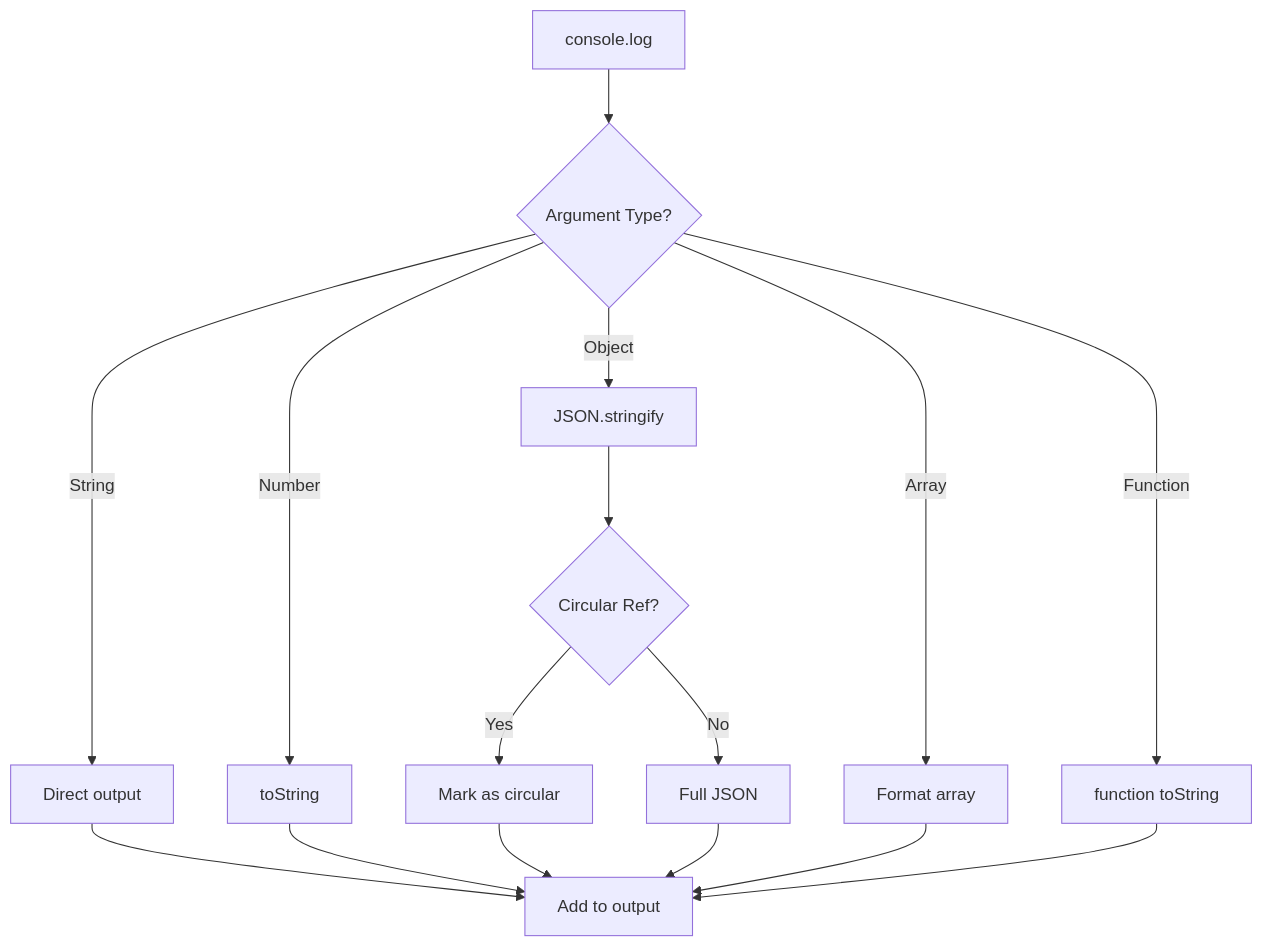
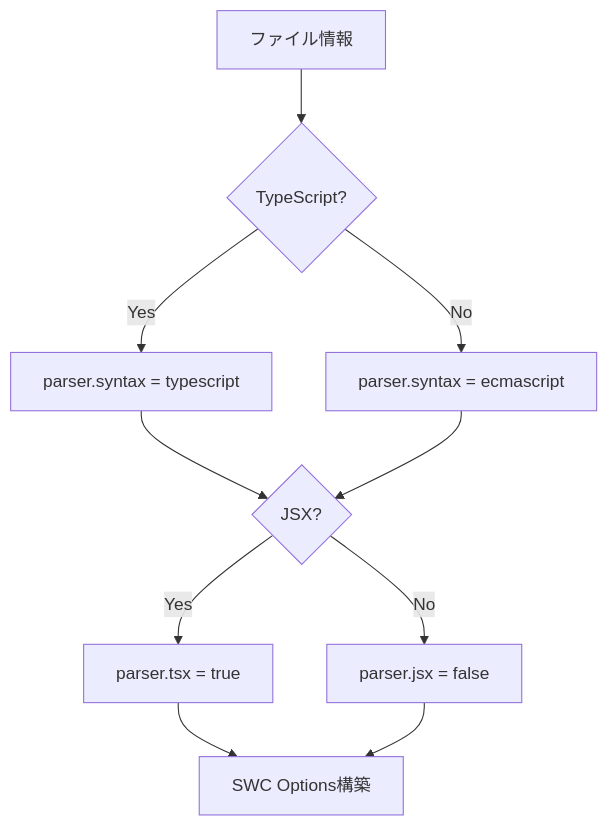
Before and after one commit to Stasshe/Pyxis-CodeCanvas: the eighth of 12 diagrams in docs/NODE-RUNTIME.md, drawn with Mermaid. The commit also changed other lines of this file and 4 other files, not shown here.

First line of the commit message:
Add TypeScript examples and enhance project structure

````diff
--- a/docs/NODE-RUNTIME.md
+++ b/docs/NODE-RUNTIME.md
@@ -562,21 +399,20 @@
 ```mermaid
 graph TB
-    A[console.log] --> B{Argument Type?}
+    Input[ファイル情報]
+    TS{TypeScript?}
+    JSX{JSX?}
+    Config[SWC Options構築]
     
-    B -->|String| C[Direct output]
-    B -->|Number| D[toString]
-    B -->|Object| E[JSON.stringify]
-    B -->|Array| F[Format array]
-    B -->|Function| G[function toString]
+    Input --> TS
+    TS -->|Yes| TSConfig[parser.syntax = typescript]
+    TS -->|No| JSConfig[parser.syntax = ecmascript]
     
-    E --> E1{Circular Ref?}
-    E1 -->|Yes| H[Mark as circular]
-    E1 -->|No| I[Full JSON]
+    TSConfig --> JSX
+    JSConfig --> JSX
     
-    C --> J[Add to output]
-    D --> J
-    H --> J
-    I --> J
-    F --> J
-    G --> J
+    JSX -->|Yes| JSXEnable[parser.tsx = true]
+    JSX -->|No| JSXDisable[parser.jsx = false]
+    
+    JSXEnable --> Config
+    JSXDisable --> Config
 ```
````
